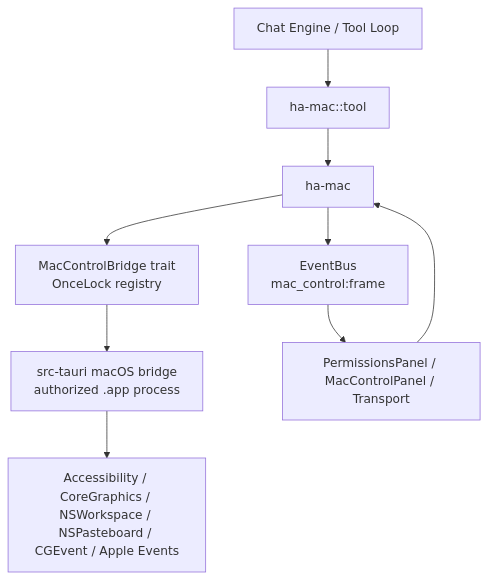
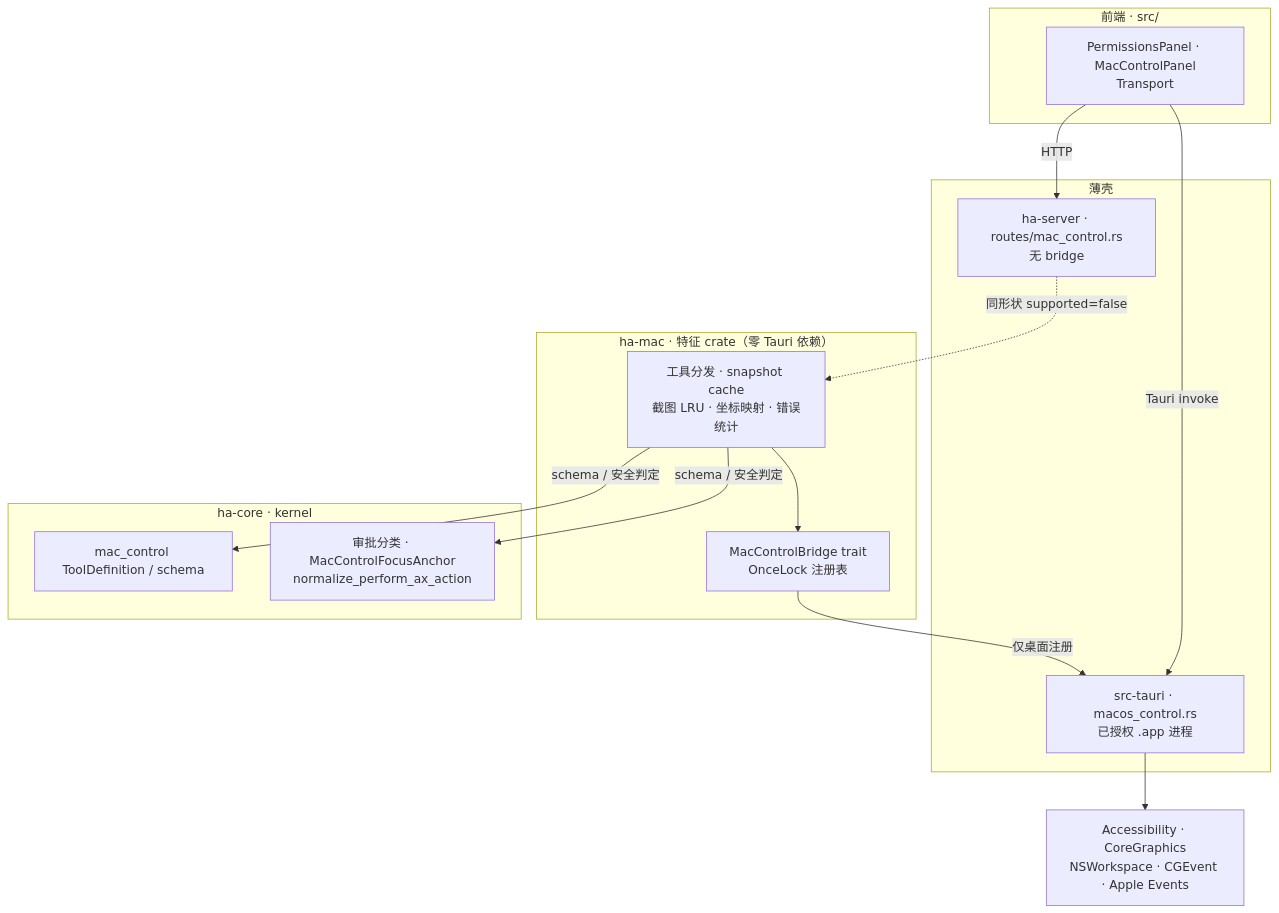
The first of 5 diagrams in docs/architecture/macos-control.md (shiwenwen/hope-agent), drawn with Mermaid before and after one commit. The commit also changed other lines of this file and 12 other files, not shown here.

First line of the commit message:
🦭docs: 第六批 13 篇按新标准重做（browser/dreaming/loop/terminal/live-model-evaluation/process-model/transport-modes/cli/sandbox/canvas/workflow/prompt-system/macos-control）

````diff
--- a/docs/architecture/macos-control.md
+++ b/docs/architecture/macos-control.md
@@ -45,20 +66,28 @@
 ```mermaid
 graph TD
-    Agent["Chat Engine / Tool Loop"]
-    Tool["ha-mac::tool"]
-    Core["ha-mac"]
-    Bridge["MacControlBridge trait<br/>OnceLock registry"]
-    Desktop["src-tauri macOS bridge<br/>authorized .app process"]
-    Native["Accessibility / CoreGraphics / NSWorkspace / NSPasteboard / CGEvent / Apple Events"]
-    EventBus["EventBus<br/>mac_control:frame"]
-    Frontend["PermissionsPanel / MacControlPanel / Transport"]
+    subgraph FE["前端 · src/"]
+        Panel["PermissionsPanel · MacControlPanel<br/>Transport"]
+    end
+    subgraph Shell["薄壳"]
+        Tauri["src-tauri · macos_control.rs<br/>已授权 .app 进程"]
+        Server["ha-server · routes/mac_control.rs<br/>无 bridge"]
+    end
+    subgraph Mac["ha-mac · 特征 crate（零 Tauri 依赖）"]
+        Machine["工具分发 · snapshot cache<br/>截图 LRU · 坐标映射 · 错误统计"]
+        Trait["MacControlBridge trait<br/>OnceLock 注册表"]
+    end
+    subgraph Core["ha-core · kernel"]
+        Schema["mac_control ToolDefinition / schema"]
+        Safety["审批分类 · MacControlFocusAnchor<br/>normalize_perform_ax_action"]
+    end
+    Native["Accessibility · CoreGraphics<br/>NSWorkspace · CGEvent · Apple Events"]
 
-    Agent --> Tool
-    Tool --> Core
-    Core --> Bridge
-    Bridge --> Desktop
-    Desktop --> Native
-    Core --> EventBus
-    EventBus --> Frontend
-    Frontend --> Core
+    Panel -->|Tauri invoke| Tauri
+    Panel -->|HTTP| Server
+    Machine -->|schema / 安全判定| Schema
+    Machine -->|schema / 安全判定| Safety
+    Machine --> Trait
+    Trait -->|仅桌面注册| Tauri
+    Tauri --> Native
+    Server -.->|同形状 supported=false| Machine
 ```
````
